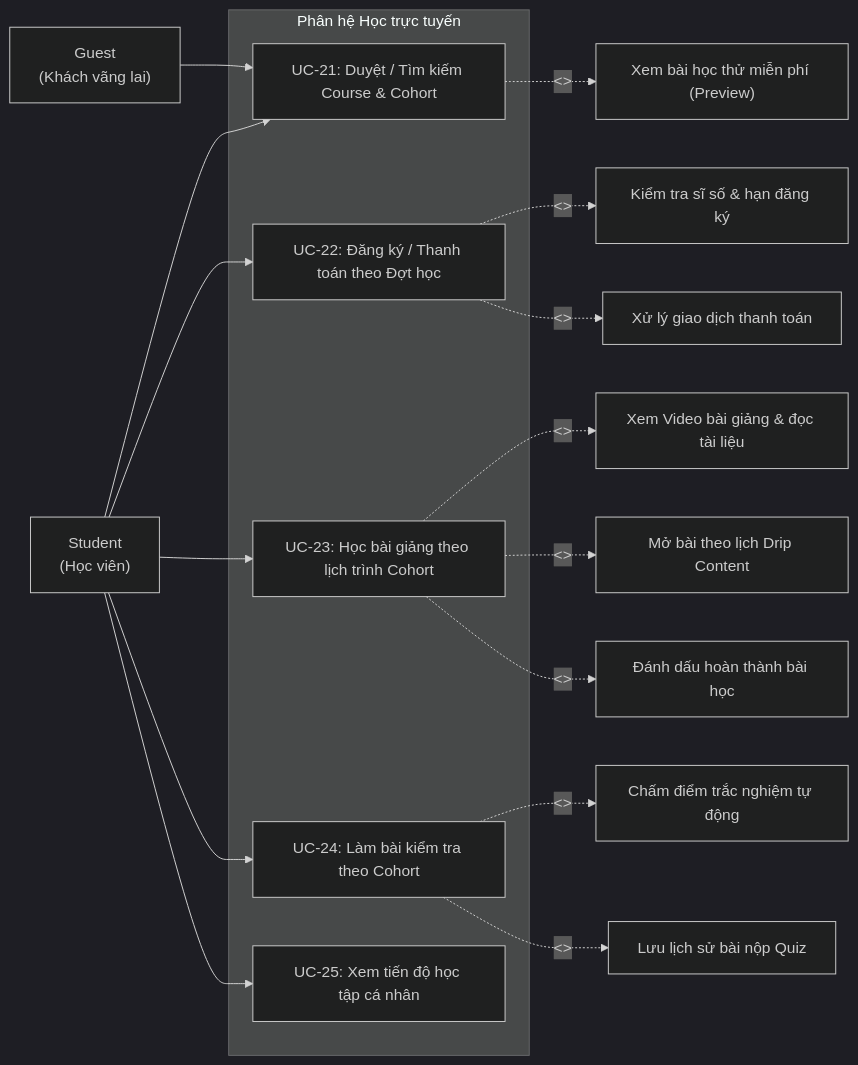
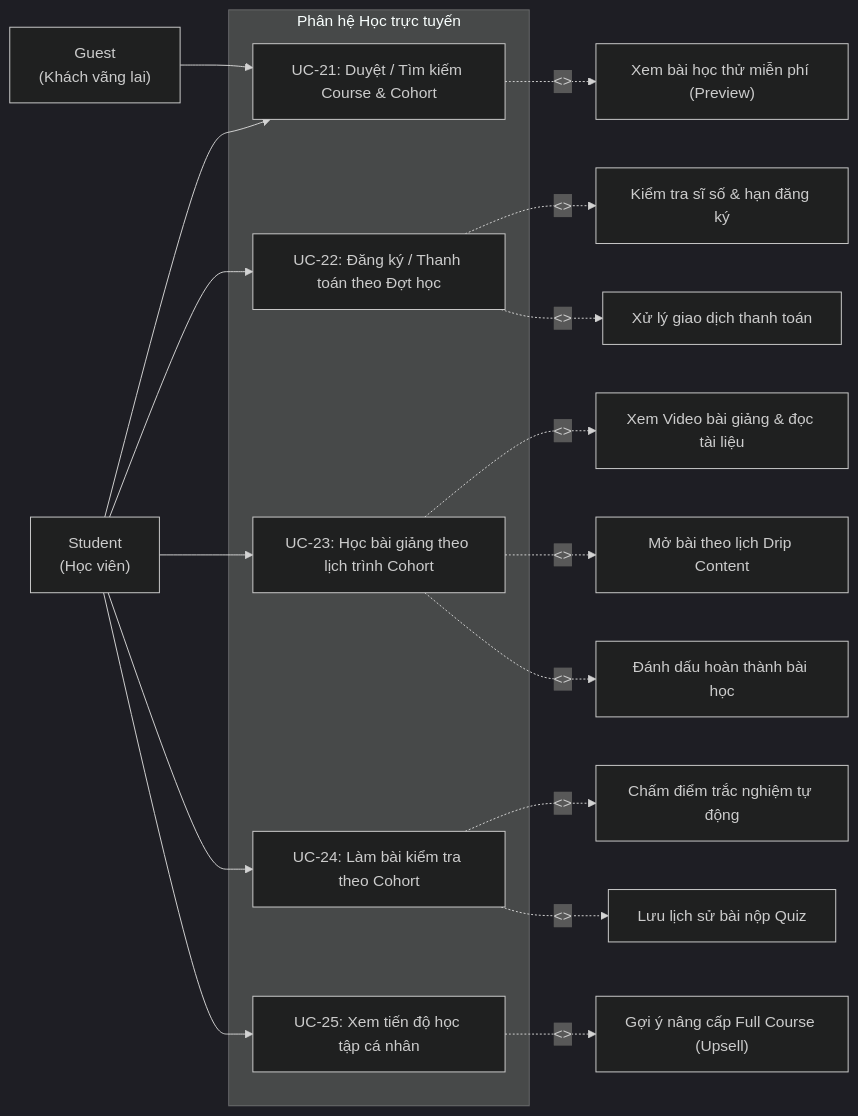
Before and after one commit to TienNguyen23-12/utelearn-platform: the second of 2 diagrams in docs/usecases/UC05_HocTrucTuyen.md, drawn with Mermaid (dark theme). The commit also changed other lines of this file and 25 other files, not shown here.

Commit message:
fix(moderation-and-database): tach quyen canEdit/hasAccessRole, cap quyen xem tai lieu cho moderator va hoan thien upsell full course

````diff
--- a/docs/usecases/UC05_HocTrucTuyen.md
+++ b/docs/usecases/UC05_HocTrucTuyen.md
@@ -30,31 +30,33 @@
 ```mermaid
 graph LR
     Guest["Guest<br/>(Khách vãng lai)"]
     Student["Student<br/>(Học viên)"]
 
     subgraph UC_Learning["Phân hệ Học trực tuyến"]
         UC21["UC-21: Duyệt / Tìm kiếm Course & Cohort"]
         UC22["UC-22: Đăng ký / Thanh toán theo Đợt học"]
         UC23["UC-23: Học bài giảng theo lịch trình Cohort"]
         UC24["UC-24: Làm bài kiểm tra theo Cohort"]
         UC25["UC-25: Xem tiến độ học tập cá nhân"]
     end
 
     Guest --> UC21
     Student --> UC21
     Student --> UC22
     Student --> UC23
     Student --> UC24
     Student --> UC25
 
     UC21 -.->|"<<includes>>"| UC21a["Xem bài học thử miễn phí (Preview)"]
     UC22 -.->|"<<includes>>"| UC22a["Kiểm tra sĩ số & hạn đăng ký"]
     UC22 -.->|"<<includes>>"| UC22b["Xử lý giao dịch thanh toán"]
 
     UC23 -.->|"<<includes>>"| UC23a["Xem Video bài giảng & đọc tài liệu"]
     UC23 -.->|"<<includes>>"| UC23b["Mở bài theo lịch Drip Content"]
     UC23 -.->|"<<includes>>"| UC23c["Đánh dấu hoàn thành bài học"]
 
     UC24 -.->|"<<includes>>"| UC24a["Chấm điểm trắc nghiệm tự động"]
     UC24 -.->|"<<includes>>"| UC24b["Lưu lịch sử bài nộp Quiz"]
+
+    UC25 -.->|"<<extend>>"| UC25a["Gợi ý nâng cấp Full Course (Upsell)"]
 ```
````
